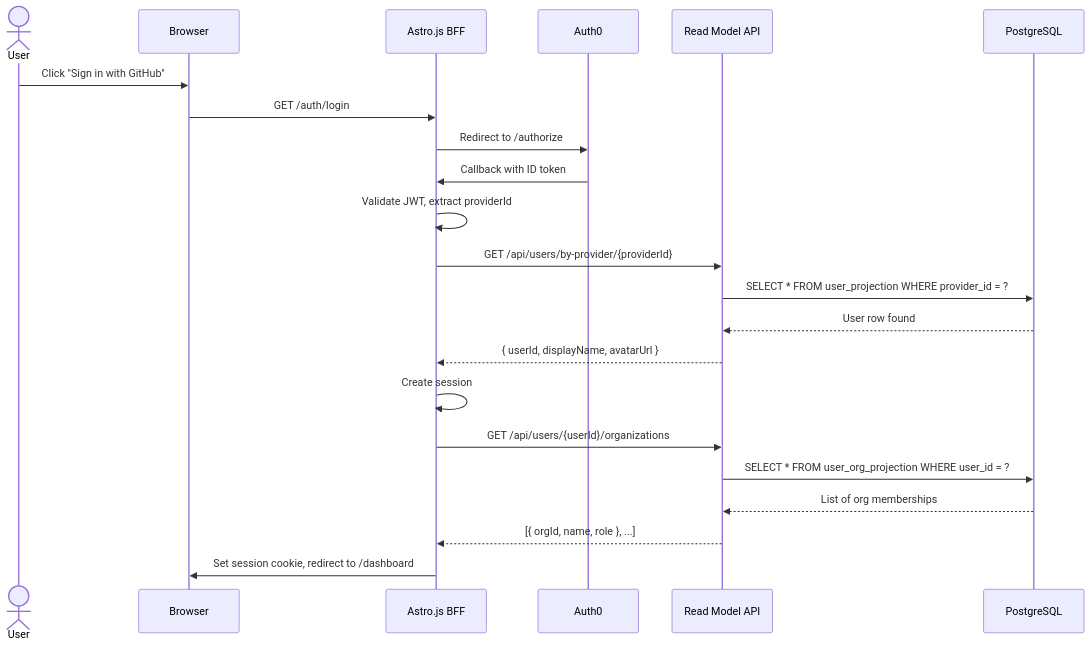
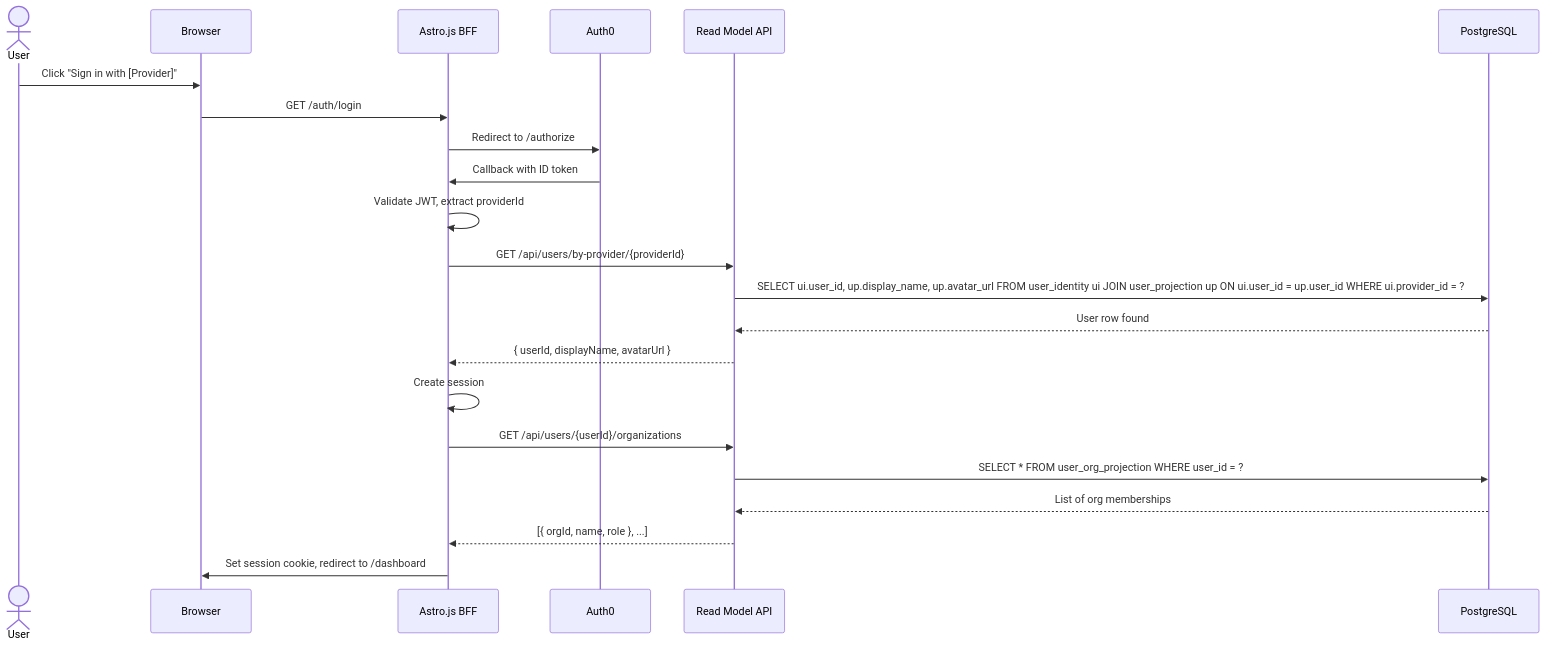
The ninth of 15 diagrams in epics/01-epic-first-signin-org/architecture/architecture.md (lekhasy/Vut), drawn with Mermaid before and after one commit. The commit also changed other lines of this file and 13 other files, not shown here.

````diff
--- a/epics/01-epic-first-signin-org/architecture/architecture.md
+++ b/epics/01-epic-first-signin-org/architecture/architecture.md
@@ -683,25 +782,25 @@
 ```mermaid
 sequenceDiagram
     actor User
     participant Browser
     participant BFF as Astro.js BFF
     participant Auth0
     participant RM as Read Model API
     participant PG as PostgreSQL
 
-    User->>Browser: Click "Sign in with GitHub"
+    User->>Browser: Click "Sign in with [Provider]"
     Browser->>BFF: GET /auth/login
     BFF->>Auth0: Redirect to /authorize
     Auth0->>BFF: Callback with ID token
     BFF->>BFF: Validate JWT, extract providerId
     BFF->>RM: GET /api/users/by-provider/{providerId}
-    RM->>PG: SELECT * FROM user_projection WHERE provider_id = ?
+    RM->>PG: SELECT ui.user_id, up.display_name, up.avatar_url FROM user_identity ui JOIN user_projection up ON ui.user_id = up.user_id WHERE ui.provider_id = ?
     PG-->>RM: User row found
     RM-->>BFF: { userId, displayName, avatarUrl }
     BFF->>BFF: Create session
     BFF->>RM: GET /api/users/{userId}/organizations
     RM->>PG: SELECT * FROM user_org_projection WHERE user_id = ?
     PG-->>RM: List of org memberships
     RM-->>BFF: [{ orgId, name, role }, ...]
     BFF->>Browser: Set session cookie, redirect to /dashboard
 ```
````
